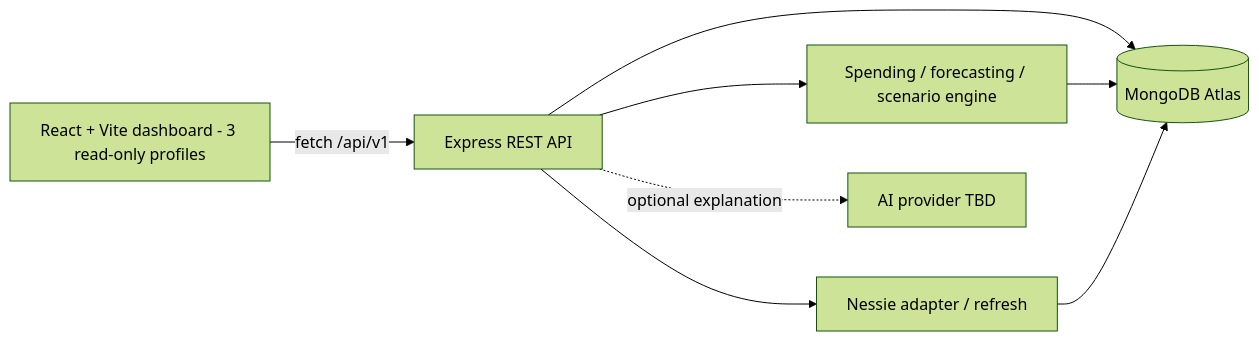
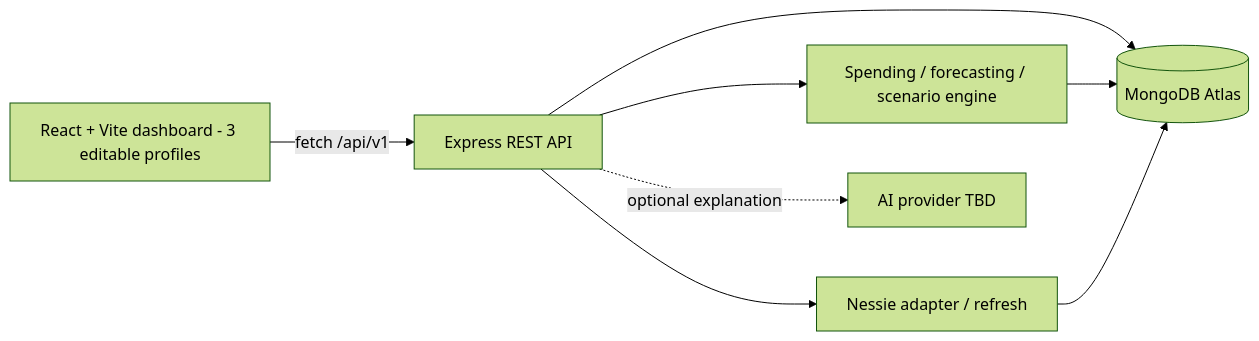
The first of 2 diagrams in docs/engineering.md (Nievanik/Financial-Positioning-System), drawn with Mermaid (forest theme) before and after one commit. The commit also changed other lines of this file and 16 other files, not shown here.

````diff
--- a/docs/engineering.md
+++ b/docs/engineering.md
@@ -29,10 +29,10 @@
 ```mermaid
 flowchart LR
-    UI[React + Vite dashboard - 3 read-only profiles] -->|fetch /api/v1| API[Express REST API]
+    UI[React + Vite dashboard - 3 editable profiles] -->|fetch /api/v1| API[Express REST API]
     API --> DB[(MongoDB Atlas)]
     API --> ENGINE[Spending / forecasting / scenario engine]
     ENGINE --> DB
     API --> NESSIE[Nessie adapter / refresh]
     NESSIE --> DB
     API -. optional explanation .-> AI[AI provider TBD]
 ```
````
